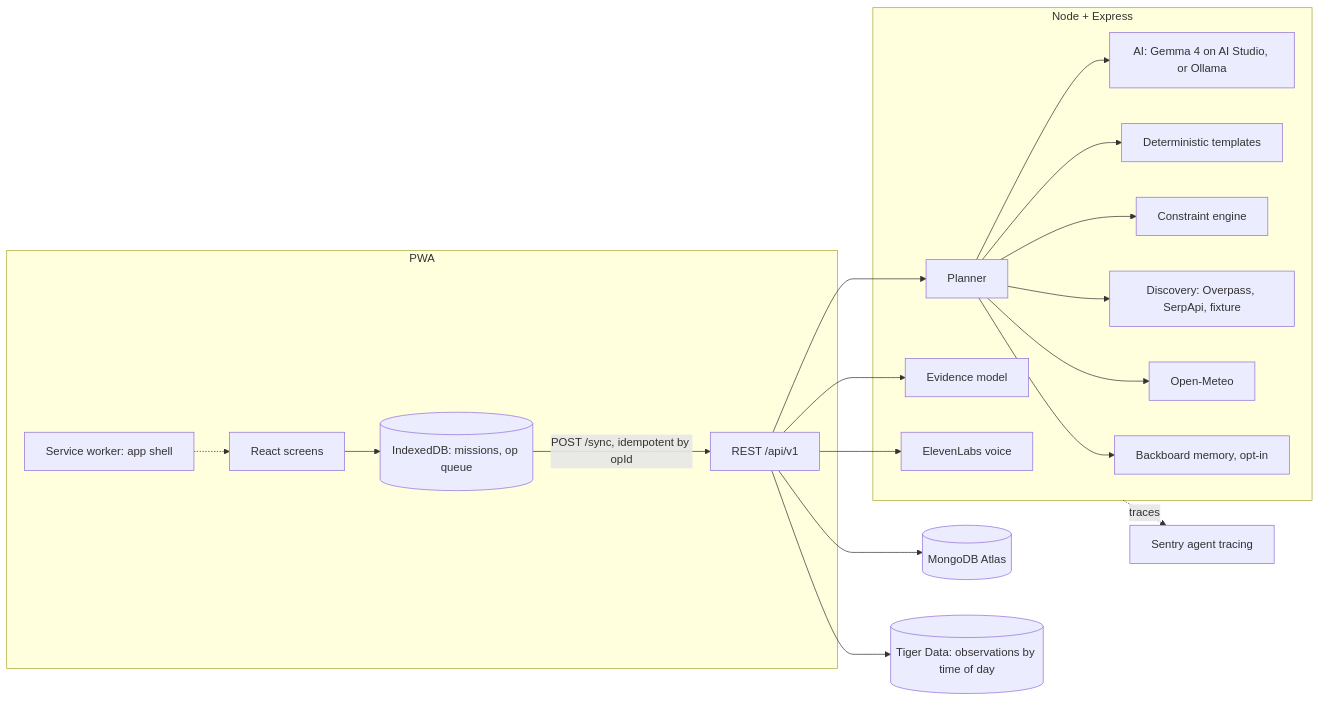
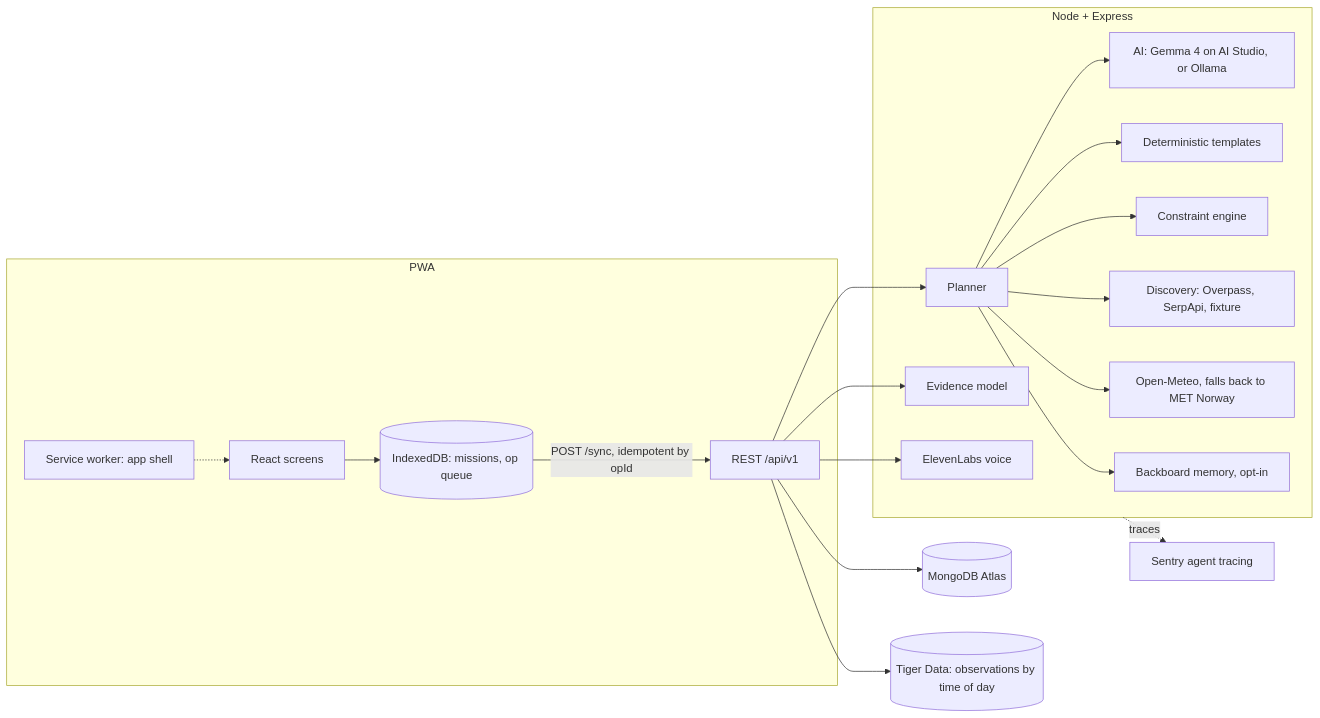
The second of 2 diagrams in README.md (CodewithJha/shadeloop), drawn with Mermaid before and after one commit. The commit also changed other lines of this file and 2 other files, not shown here.

````diff
--- a/README.md
+++ b/README.md
@@ -68,22 +68,22 @@
 ```mermaid
 flowchart LR
   subgraph Browser [PWA]
     UI[React screens] --> Store[(IndexedDB: missions, op queue)]
     Store -->|POST /sync, idempotent by opId| API
     SW[Service worker: app shell] -.-> UI
   end
   subgraph Server [Node + Express]
     API[REST /api/v1] --> Plan[Planner]
     Plan --> AI[AI: Gemma 4 on AI Studio, or Ollama]
     Plan --> FB[Deterministic templates]
     Plan --> Engine[Constraint engine]
     Plan --> Disc[Discovery: Overpass, SerpApi, fixture]
-    Plan --> Wx[Open-Meteo]
+    Plan --> Wx[Open-Meteo, falls back to MET Norway]
     Plan --> Mem[Backboard memory, opt-in]
     API --> Ev[Evidence model]
     API --> TTS[ElevenLabs voice]
   end
   API --> DB[(MongoDB Atlas)]
   API --> TS[(Tiger Data: observations by time of day)]
   Server -.traces.-> Sentry[Sentry agent tracing]
 ```
````
